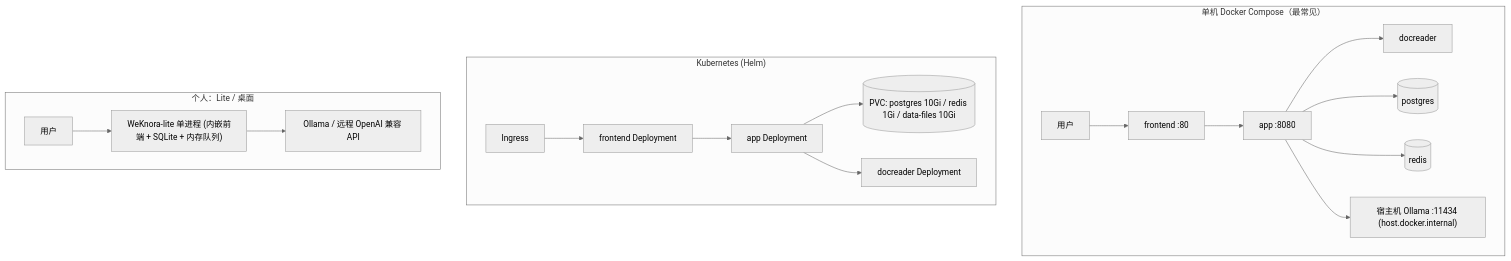
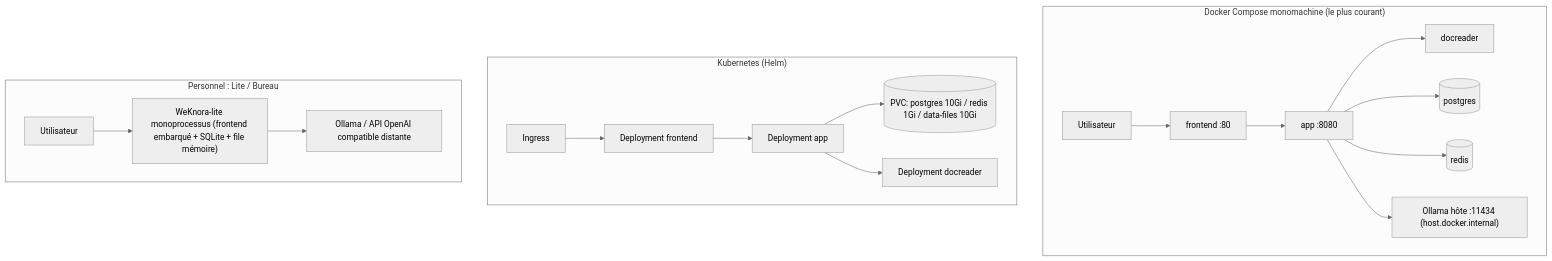
The second of 2 diagrams in website-docs/01-getting-started/02-installation.md (samiriggui-code/gsms-template), drawn with Mermaid (neutral theme) before and after one commit. The commit also changed other lines of this file and 301 other files, not shown here.

````diff
--- a/website-docs/01-getting-started/02-installation.md
+++ b/website-docs/01-getting-started/02-installation.md
@@ -304,22 +304,22 @@
 ```mermaid
 flowchart TB
-    subgraph host["单机 Docker Compose（最常见）"]
+    subgraph host["Docker Compose monomachine (le plus courant)"]
         direction LR
-        U1["用户"] --> N1["frontend :80"] --> A1["app :8080"]
+        U1["Utilisateur"] --> N1["frontend :80"] --> A1["app :8080"]
         A1 --> D1["docreader"]
         A1 --> P1[("postgres")]
         A1 --> R1[("redis")]
-        A1 --> O1["宿主机 Ollama :11434 (host.docker.internal)"]
+        A1 --> O1["Ollama hôte :11434 (host.docker.internal)"]
     end
     subgraph k8s["Kubernetes (Helm)"]
         direction LR
-        ING["Ingress"] --> FE2["frontend Deployment"] --> A2["app Deployment"]
+        ING["Ingress"] --> FE2["Deployment frontend"] --> A2["Deployment app"]
         A2 --> PVC1[("PVC: postgres 10Gi / redis 1Gi / data-files 10Gi")]
-        A2 --> D2["docreader Deployment"]
+        A2 --> D2["Deployment docreader"]
     end
-    subgraph laptop["个人：Lite / 桌面"]
+    subgraph laptop["Personnel : Lite / Bureau"]
         direction LR
-        U3["用户"] --> L1["WeKnora-lite 单进程 (内嵌前端 + SQLite + 内存队列)"]
-        L1 --> O3["Ollama / 远程 OpenAI 兼容 API"]
+        U3["Utilisateur"] --> L1["WeKnora-lite monoprocessus (frontend embarqué + SQLite + file mémoire)"]
+        L1 --> O3["Ollama / API OpenAI compatible distante"]
     end
 ```
````
